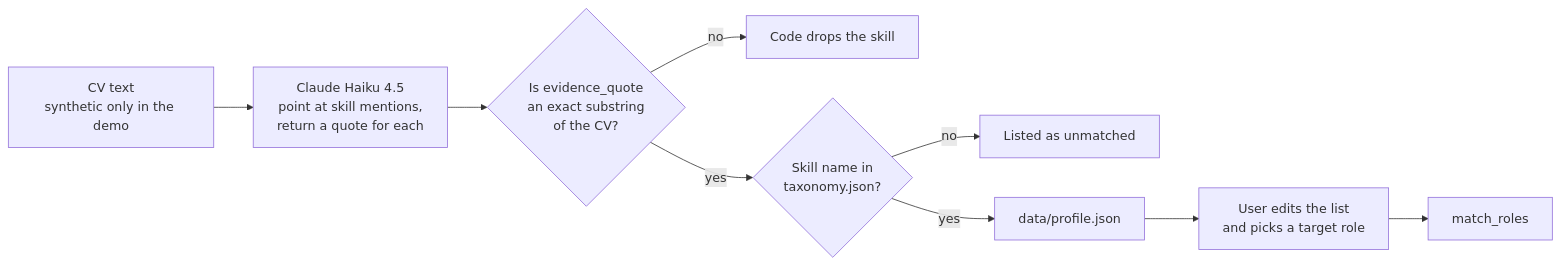
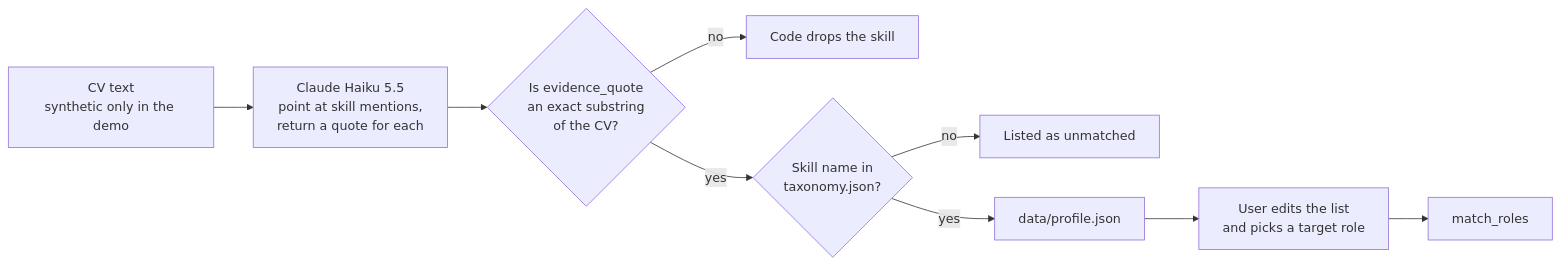
Before and after one commit to TayEeZhan/varity: the seventh of 9 diagrams in docs/architecture.md, drawn with Mermaid. The commit also changed other lines of this file and 14 other files, not shown here.

````diff
--- a/docs/architecture.md
+++ b/docs/architecture.md
@@ -388,11 +388,11 @@
 ```mermaid
 flowchart LR
-    CV["CV text<br/>synthetic only in the demo"] --> LLM["Claude Haiku 4.5<br/>point at skill mentions,<br/>return a quote for each"]
+    CV["CV text<br/>synthetic only in the demo"] --> LLM["Claude Haiku 5.5<br/>point at skill mentions,<br/>return a quote for each"]
     LLM --> Q{"Is evidence_quote<br/>an exact substring<br/>of the CV?"}
     Q -- no --> X["Code drops the skill"]
     Q -- yes --> V{"Skill name in<br/>taxonomy.json?"}
     V -- no --> U["Listed as unmatched"]
     V -- yes --> P["data/profile.json"]
     P --> E["User edits the list<br/>and picks a target role"]
     E --> RM["match_roles"]
 ```
````
